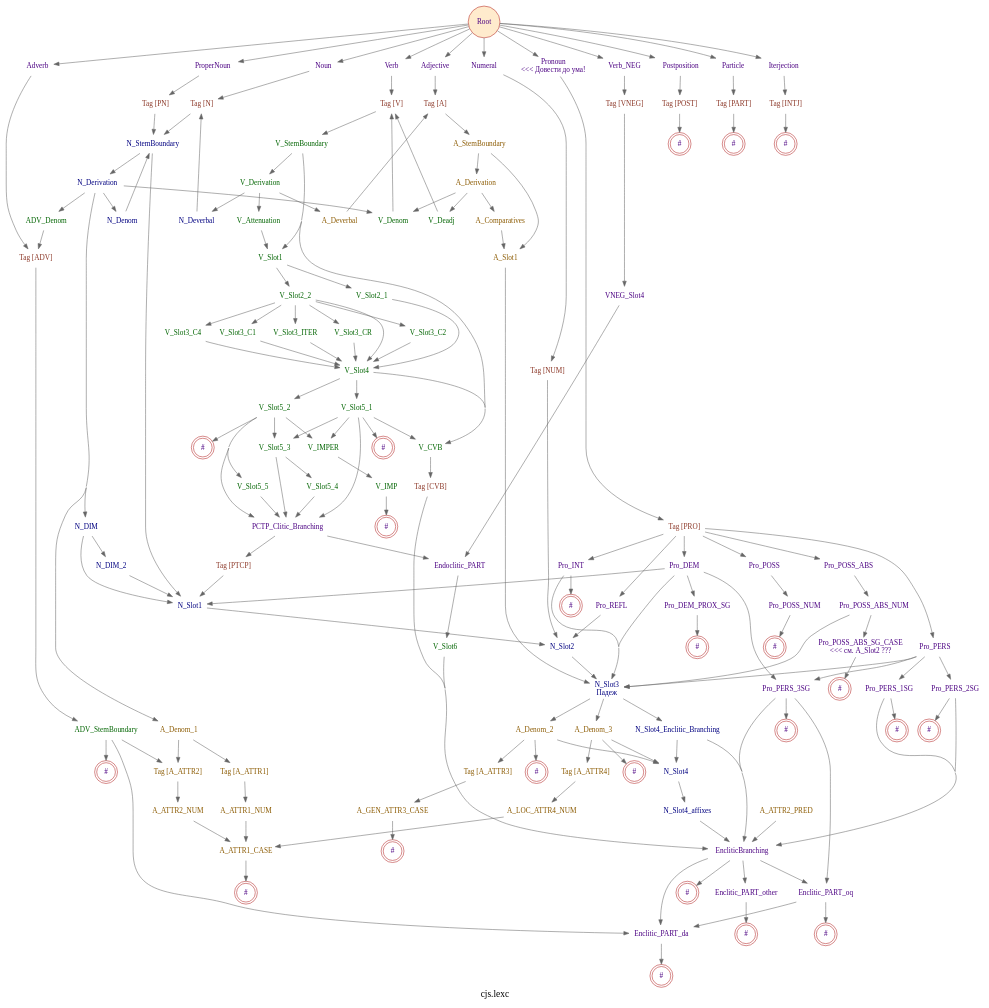
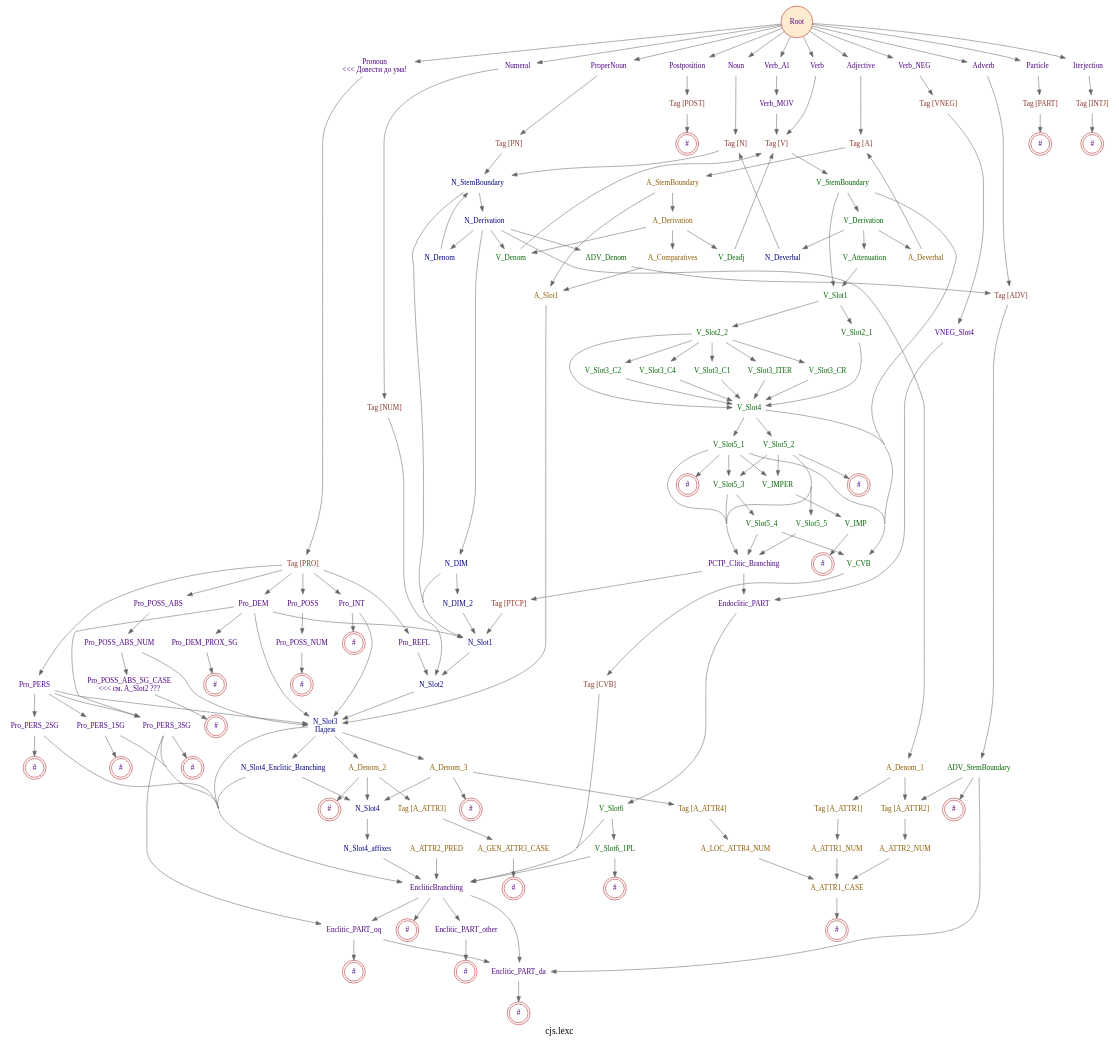
Before and after one commit to kyrill-shakhovtsov/cjs-morphology-fst: the diagram in doc/cjs.lexc.gv, drawn with Graphviz. The commit also changed 38 other files, not shown here.

```diff
--- a/doc/cjs.lexc.gv
+++ b/doc/cjs.lexc.gv
@@ -11,6 +11,15 @@
 		shape=none
 	];
 	edge [color=gray40];
+	subgraph Tags {
+		graph [rank=same];
+		Tag_N	[fontcolor=tomato4,
+			label="Tag [N]"];
+		Tag_V	[fontcolor=tomato4,
+			label="Tag [V]"];
+		Tag_A	[fontcolor=tomato4,
+			label="Tag [A]"];
+	}
 	subgraph POS {
 		graph [rank=same];
 		Noun	[label=Noun];
@@ -20,19 +29,11 @@
 		Adjective	[label=Adjective];
 		Numeral	[label=Numeral];
 		Verb	[label=Verb];
+		Verb_Al	[label=Verb_Al];
 		Verb_NEG	[label=Verb_NEG];
 		Adverb	[label=Adverb];
 		Particle	[label=Particle];
 		Iterjection	[label=Iterjection];
-	}
-	subgraph Tags {
-		graph [rank=same];
-		Tag_N	[fontcolor=tomato4,
-			label="Tag [N]"];
-		Tag_V	[fontcolor=tomato4,
-			label="Tag [V]"];
-		Tag_A	[fontcolor=tomato4,
-			label="Tag [A]"];
 	}
 	Root	[color=firebrick,
 		fillcolor=blanchedalmond,
@@ -46,6 +47,7 @@
 	Root -> Adjective;
 	Root -> Numeral;
 	Root -> Verb;
+	Root -> Verb_Al;
 	Root -> Verb_NEG;
 	Root -> Adverb;
 	Root -> Particle;
@@ -65,6 +67,8 @@
 		label="Tag [NUM]"];
 	Numeral -> Tag_NUM;
 	Verb -> Tag_V;
+	Verb_MOV	[label=Verb_MOV];
+	Verb_Al -> Verb_MOV;
 	Tag_VNEG	[fontcolor=tomato4,
 		label="Tag [VNEG]"];
 	Verb_NEG -> Tag_VNEG;
@@ -88,6 +92,7 @@
 	V_StemBoundary	[fontcolor=darkgreen,
 		label=V_StemBoundary];
 	Tag_V -> V_StemBoundary;
+	Verb_MOV -> Tag_V;
 	VNEG_Slot4	[label=VNEG_Slot4];
 	Tag_VNEG -> VNEG_Slot4;
 	"Tag_POST_#"	[color=firebrick,
@@ -205,6 +210,7 @@
 		label=V_IMP];
 	V_IMPER -> V_IMP;
 	V_Slot5_5 -> PCTP_Clitic_Branching;
+	V_Slot5_4 -> V_CVB;
 	V_Slot5_4 -> PCTP_Clitic_Branching;
 	V_Slot6	[fontcolor=darkgreen,
 		label=V_Slot6];
@@ -218,6 +224,9 @@
 	Tag_PTCP -> N_Slot1;
 	EncliticBranching	[label=EncliticBranching];
 	V_Slot6 -> EncliticBranching;
+	V_Slot6_1PL	[fontcolor=darkgreen,
+		label=V_Slot6_1PL];
+	V_Slot6 -> V_Slot6_1PL;
 	Enclitic_PART_oq	[label=Enclitic_PART_oq];
 	EncliticBranching -> Enclitic_PART_oq;
 	Enclitic_PART_other	[label=Enclitic_PART_other];
@@ -228,6 +237,11 @@
 		label="#",
 		shape=doublecircle];
 	EncliticBranching -> "EncliticBranching_#";
+	V_Slot6_1PL -> EncliticBranching;
+	"V_Slot6_1PL_#"	[color=firebrick,
+		label="#",
+		shape=doublecircle];
+	V_Slot6_1PL -> "V_Slot6_1PL_#";
 	Tag_CVB -> EncliticBranching;
 	N_Slot1 -> N_Slot2;
 	Enclitic_PART_oq -> Enclitic_PART_da;
@@ -287,6 +301,7 @@
 	N_Slot3	[fontcolor=navy,
 		label="N_Slot3\nПадеж"];
 	N_Slot2 -> N_Slot3;
+	N_Slot3 -> EncliticBranching;
 	N_Slot4_Enclitic_Branching	[fontcolor=navy,
 		label=N_Slot4_Enclitic_Branching];
 	N_Slot3 -> N_Slot4_Enclitic_Branching;
```
